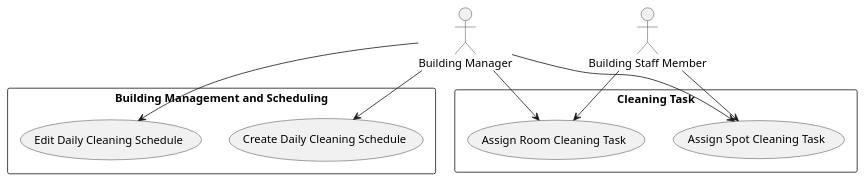
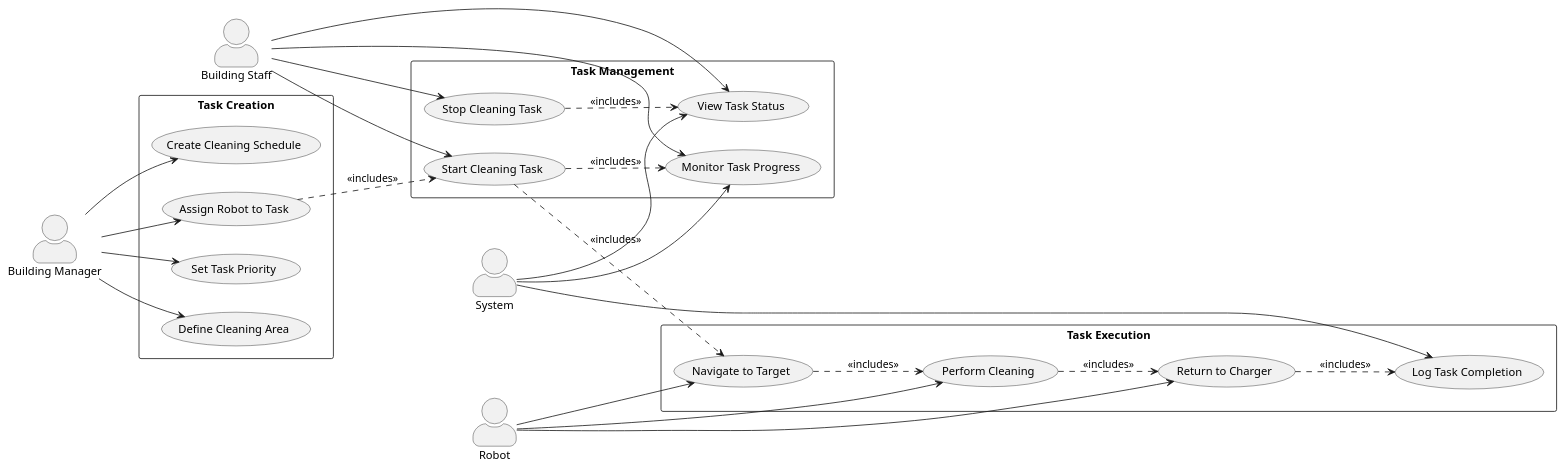
Before and after one commit to ur-swe-fa24/main-project-winners-inc: the diagram in docs/design/UseCases/UseCase_ManageTasks.puml, drawn with PlantUML. The commit also changed 19 other files, not shown here.

First line of the commit message:
docs: Update UML diagrams

```diff
--- a/docs/design/UseCases/UseCase_ManageTasks.puml
+++ b/docs/design/UseCases/UseCase_ManageTasks.puml
@@ -1,20 +1,63 @@
-@startuml AssignTasks
+@startuml ManageTasks
+left to right direction
+skinparam actorStyle awesome
+
 actor "Building Manager" as BM
-actor "Building Staff Member" as BSM
+actor "Building Staff" as BS
+actor "System" as SYS
+actor "Robot" as R
 
-rectangle "Building Management and Scheduling" {
-  usecase "Create Daily Cleaning Schedule" as UC1
-  usecase "Edit Daily Cleaning Schedule" as UC2
-}
-rectangle "Cleaning Task" {
-  usecase "Assign Spot Cleaning Task" as UC3
-  usecase "Assign Room Cleaning Task" as UC4
+rectangle "Task Creation" {
+    usecase "Create Cleaning Schedule" as TC1
+    usecase "Assign Robot to Task" as TC2
+    usecase "Set Task Priority" as TC3
+    usecase "Define Cleaning Area" as TC4
 }
 
-BM --> UC1
-BM --> UC2
-BM --> UC3
-BM --> UC4
-BSM --> UC3
-BSM --> UC4
+rectangle "Task Management" {
+    usecase "Start Cleaning Task" as TM1
+    usecase "Stop Cleaning Task" as TM2
+    usecase "Monitor Task Progress" as TM3
+    usecase "View Task Status" as TM4
+}
+
+rectangle "Task Execution" {
+    usecase "Navigate to Target" as TE1
+    usecase "Perform Cleaning" as TE2
+    usecase "Return to Charger" as TE3
+    usecase "Log Task Completion" as TE4
+}
+
+' Building Manager actions
+BM --> TC1
+BM --> TC2
+BM --> TC3
+BM --> TC4
+
+' Building Staff actions
+BS --> TM1
+BS --> TM2
+BS --> TM3
+BS --> TM4
+
+' System actions
+SYS --> TM3
+SYS --> TM4
+SYS --> TE4
+
+' Robot actions
+R --> TE1
+R --> TE2
+R --> TE3
+
+' Relationships
+TC2 ..> TM1 : <<includes>>
+TM1 ..> TE1 : <<includes>>
+TE1 ..> TE2 : <<includes>>
+TE2 ..> TE3 : <<includes>>
+TE3 ..> TE4 : <<includes>>
+
+TM1 ..> TM3 : <<includes>>
+TM2 ..> TM4 : <<includes>>
+
 @enduml
```
